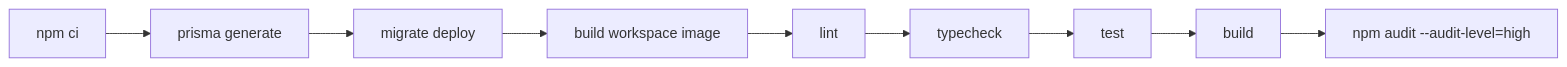
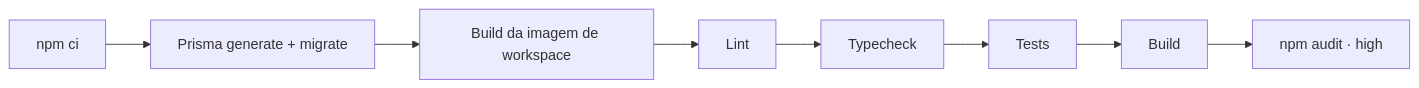
One commit to RobersonCodes/Oliveira-DevClaud changed the third of 3 diagrams in README.md. Above: the diagram before and after it, drawn with Mermaid. The commit also changed other lines of this file, not shown here.

````diff
--- a/README.md
+++ b/README.md
@@ -263,11 +251,10 @@
 ```mermaid
 flowchart LR
-  A[npm ci] --> B[prisma generate]
-  B --> C[migrate deploy]
-  C --> D[build workspace image]
-  D --> E[lint]
-  E --> F[typecheck]
-  F --> G[test]
-  G --> H[build]
-  H --> I["npm audit --audit-level=high"]
+  install["npm ci"] --> prisma["Prisma generate + migrate"]
+  prisma --> image["Build da imagem de workspace"]
+  image --> lint["Lint"]
+  lint --> types["Typecheck"]
+  types --> tests["Tests"]
+  tests --> build["Build"]
+  build --> audit["npm audit · high"]
 ```
````
